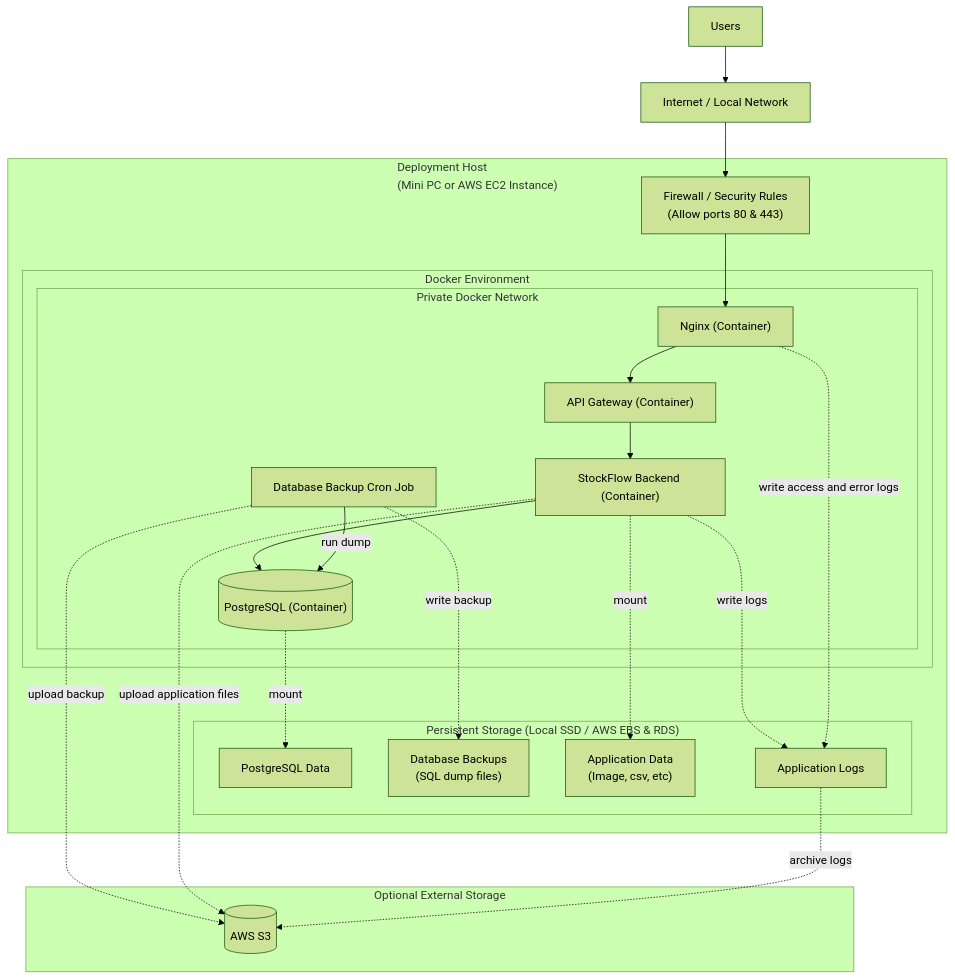
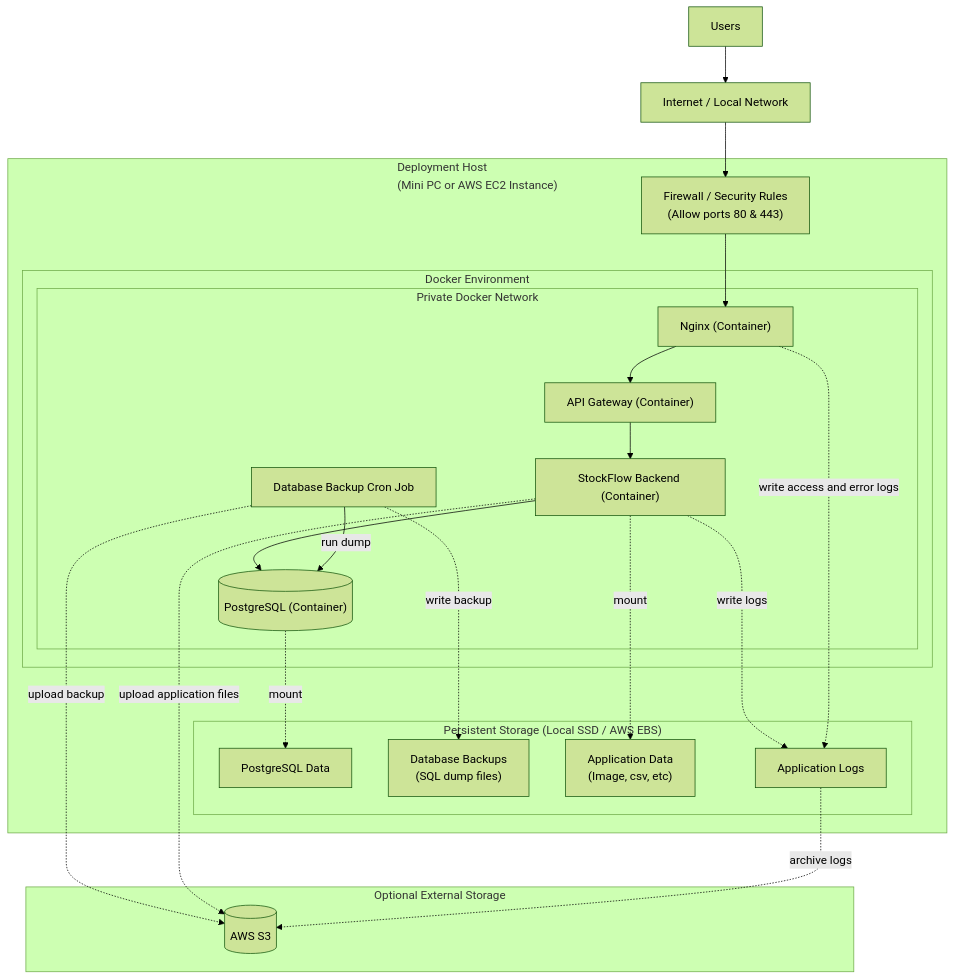
Before and after one commit to va4815/stockflow-docs: the third of 8 diagrams in architecture/system-architecture.md, drawn with Mermaid (forest theme). The commit also changed other lines of this file, not shown here.

Commit message:
docs: refactor system architecture wordings

````diff
--- a/architecture/system-architecture.md
+++ b/architecture/system-architecture.md
@@ -136,51 +136,51 @@
 ```mermaid
 flowchart TD
     Users["Users"]
     Internet["Internet / Local Network"]
 
     subgraph HostEnv["Deployment Host\n(Mini PC or AWS EC2 Instance)"]
 
         Firewall["Firewall / Security Rules\n(Allow ports 80 & 443)"]
 
         subgraph DockerEnv["Docker Environment"]
             subgraph DockerNetwork["Private Docker Network"]
                 Nginx["Nginx (Container)"]
                 APIGateway["API Gateway (Container)"]
                 StockFlowBackend["StockFlow Backend (Container)"]
                 Database[("PostgreSQL (Container)")]
                 DatabaseBackupJob["Database Backup Cron Job"]
             end
         end
 
-        subgraph PersistentStorage["Persistent Storage (Local SSD / AWS EBS & RDS)"]
+        subgraph PersistentStorage["Persistent Storage (Local SSD / AWS EBS)"]
             PostgreSQLData["PostgreSQL Data"]
             DatabaseBackup["Database Backups\n(SQL dump files)"]
             AppData["Application Data\n(Image, csv, etc)"]
             AppLog["Application Logs"]
         end
         
     end
 
     subgraph ExternalStorage["Optional External Storage"]
         S3[("AWS S3")]
     end
 
     Users --> Internet
     Internet --> Firewall
     Firewall --> Nginx
     Nginx --> APIGateway
     APIGateway --> StockFlowBackend
     StockFlowBackend --> Database
 
     Database -. mount .-> PostgreSQLData
     DatabaseBackupJob -->|run dump| Database
     DatabaseBackupJob -. write backup .-> DatabaseBackup
     
     StockFlowBackend -. mount .-> AppData
     StockFlowBackend -. write logs .-> AppLog
     Nginx -. write access and error logs .-> AppLog
 
     DatabaseBackupJob -. upload backup .-> S3
     StockFlowBackend -. upload application files .-> S3
     AppLog -. archive logs .-> S3
 ```
````
